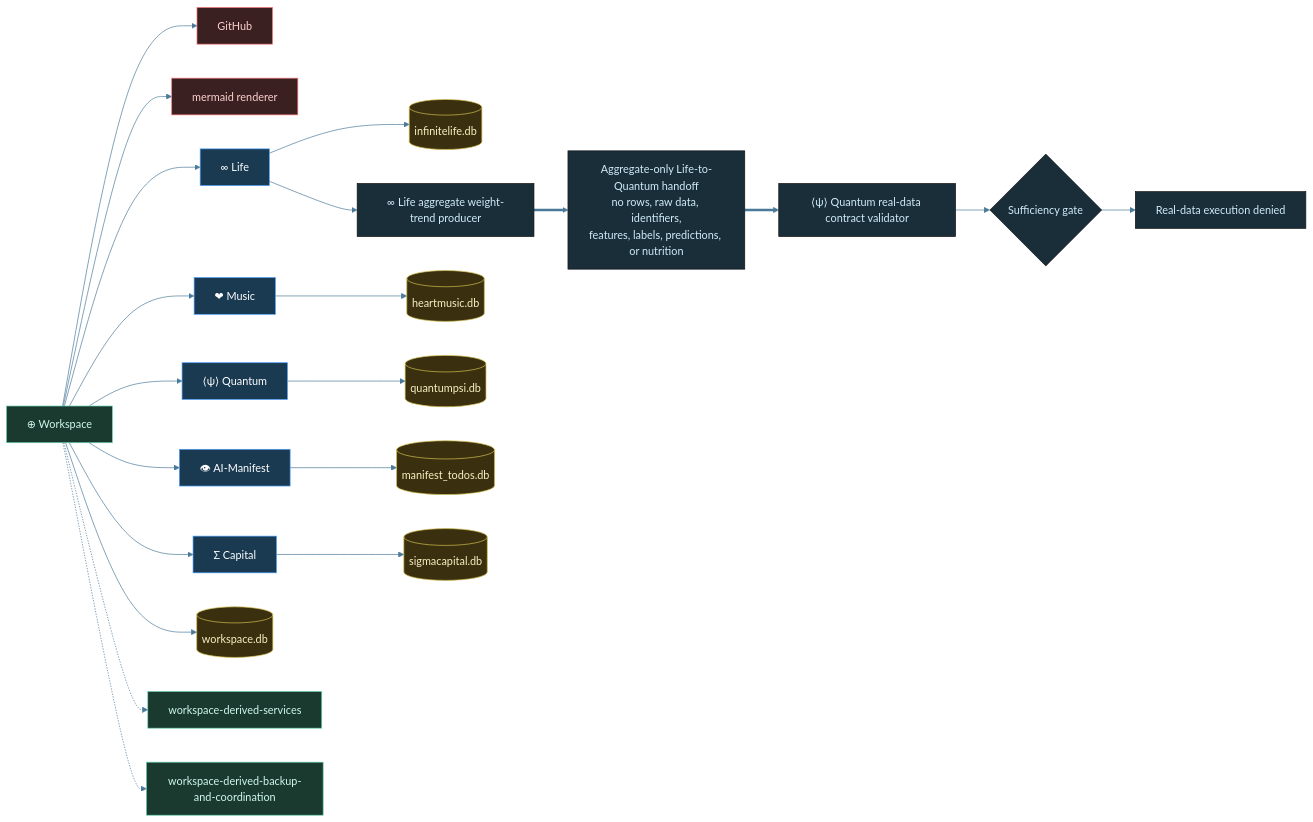
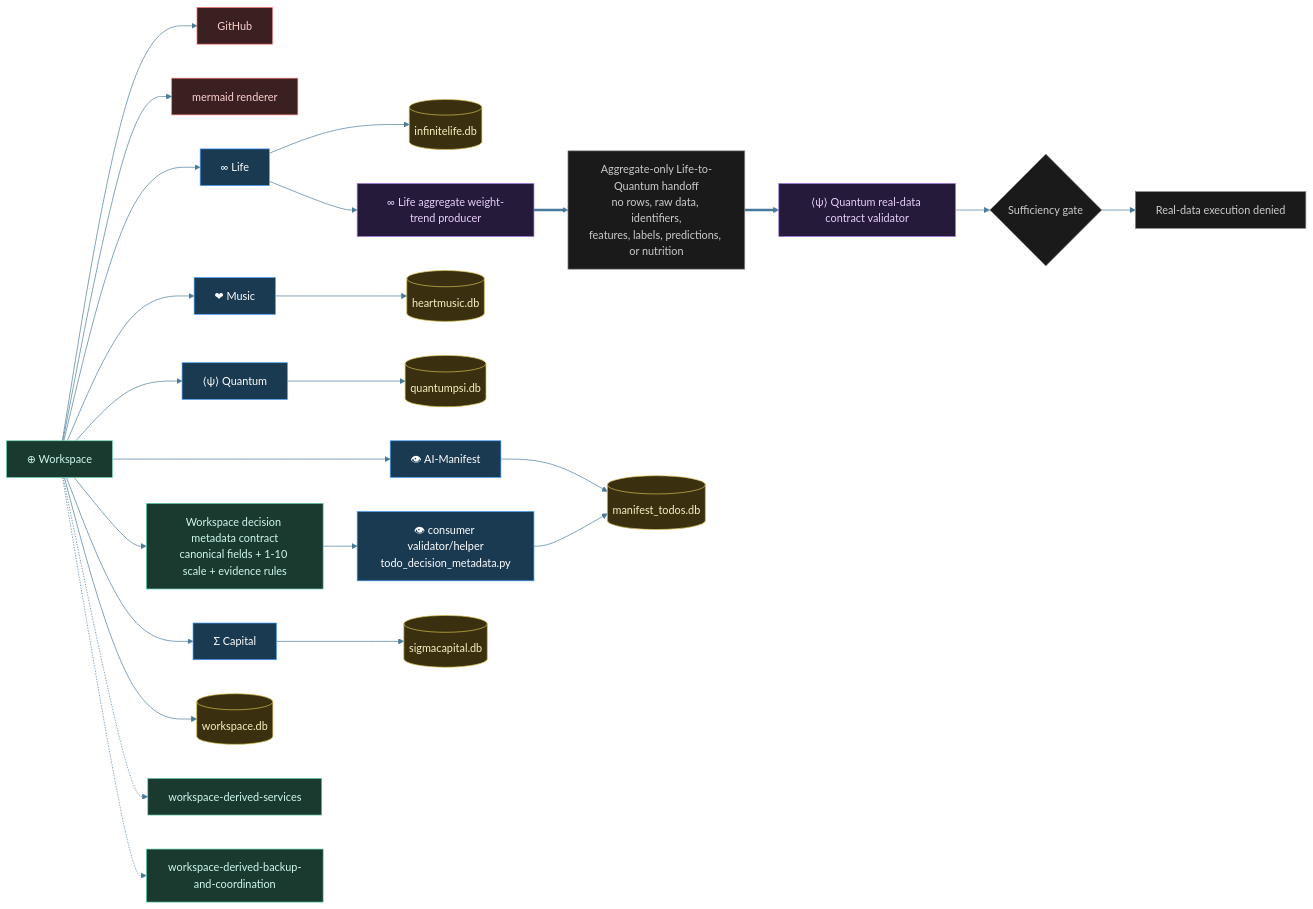
One commit to tylerdrakemusic/-Workspace changed the diagram in diagrams/workspace-integrations.mmd. Above: the diagram before and after it, drawn with Mermaid. The commit also changed 6 other files, not shown here.

Commit message:
⊕ workspace: FR-20260827 repair decision metadata diagrams

```diff
--- a/diagrams/workspace-integrations.mmd
+++ b/diagrams/workspace-integrations.mmd
@@ -1,39 +1,50 @@
 %%{init: {'theme': 'base', 'themeVariables': {'primaryColor': '#1a2e3a', 'primaryTextColor': '#d0ecf8', 'edgeLabelBackground': '#0f1318', 'lineColor': '#4a7a9a'}}}%%
 %% is_derived_view=false
 %% Traceability.derived_views: diagrams/workspace-derived-services.mmd, diagrams/workspace-derived-backup-and-coordination.mmd
 graph LR
     Workspace[⊕ Workspace] --> GitHub[GitHub]
     Workspace --> Mermaid[mermaid renderer]
     Workspace --> Life[∞ Life]
     Workspace --> Music[❤ Music]
     Workspace --> Quantum[⟨ψ⟩ Quantum]
     Workspace --> Manifest[👁 AI-Manifest]
+    Workspace --> DecisionContract[Workspace decision metadata contract<br/>canonical fields + 1-10 scale + evidence rules]
+    DecisionContract --> ManifestValidator[👁 consumer validator/helper<br/>todo_decision_metadata.py]
     Workspace --> Capital[Σ Capital]
     Workspace --> WSDB[(workspace.db)]
     Workspace -.-> Services[workspace-derived-services]
     Workspace -.-> Backup[workspace-derived-backup-and-coordination]
     Life --> LifeDB[(infinitelife.db)]
     Music --> MusicDB[(heartmusic.db)]
     Quantum --> QDB[(quantumpsi.db)]
     Manifest --> ManifestDB[(manifest_todos.db)]
+    ManifestValidator --> ManifestDB
     Capital --> CapitalDB[(sigmacapital.db)]
     LifeWeightTrend[∞ Life aggregate weight-trend producer]
     AggregateHandoff[Aggregate-only Life-to-Quantum handoff<br/>no rows, raw data, identifiers,<br/>features, labels, predictions, or nutrition]
     QuantumValidator[⟨ψ⟩ Quantum real-data contract validator]
     SufficiencyGate{Sufficiency gate}
     ExecutionDenied[Real-data execution denied]
     Life --> LifeWeightTrend
     LifeWeightTrend ==> AggregateHandoff
     AggregateHandoff ==> QuantumValidator
     QuantumValidator --> SufficiencyGate
     SufficiencyGate --> ExecutionDenied
     class Workspace,Services,Backup ws
+    class DecisionContract ws
+    class ManifestValidator orch
     class Life,Music,Quantum,Manifest,Capital orch
     class LifeWeightTrend,QuantumValidator quantum
     class AggregateHandoff,SufficiencyGate,ExecutionDenied state
     class GitHub,Mermaid ext
     class WSDB,LifeDB,MusicDB,QDB,ManifestDB,CapitalDB db
-classDef orch fill:#1a3a52,stroke:#4a9eff,color:#fff
-classDef ws fill:#1a3a30,stroke:#6ad4b4,color:#d0f8ee
-classDef ext fill:#3a2020,stroke:#ff7a7a,color:#ffd0d0
-classDef db fill:#3a3010,stroke:#d4c050,color:#f8f0c0
+classDef life     fill:#1a2e3a,stroke:#6ab4d4,color:#d0ecf8
+classDef music    fill:#3a1a24,stroke:#d47a8f,color:#f8d0dc
+classDef quantum  fill:#251a3a,stroke:#a07adf,color:#e8d0f8
+classDef manifest fill:#3a2e1a,stroke:#d4a96a,color:#f8ead0
+classDef ws       fill:#1a3a30,stroke:#6ad4b4,color:#d0f8ee
+classDef tyler    fill:#2a1a3a,stroke:#9e4aff,color:#fff
+classDef orch     fill:#1a3a52,stroke:#4a9eff,color:#fff
+classDef ext      fill:#3a2020,stroke:#ff7a7a,color:#ffd0d0
+classDef db       fill:#3a3010,stroke:#d4c050,color:#f8f0c0
+classDef state    fill:#1a1a1a,stroke:#888888,color:#cccccc
```
